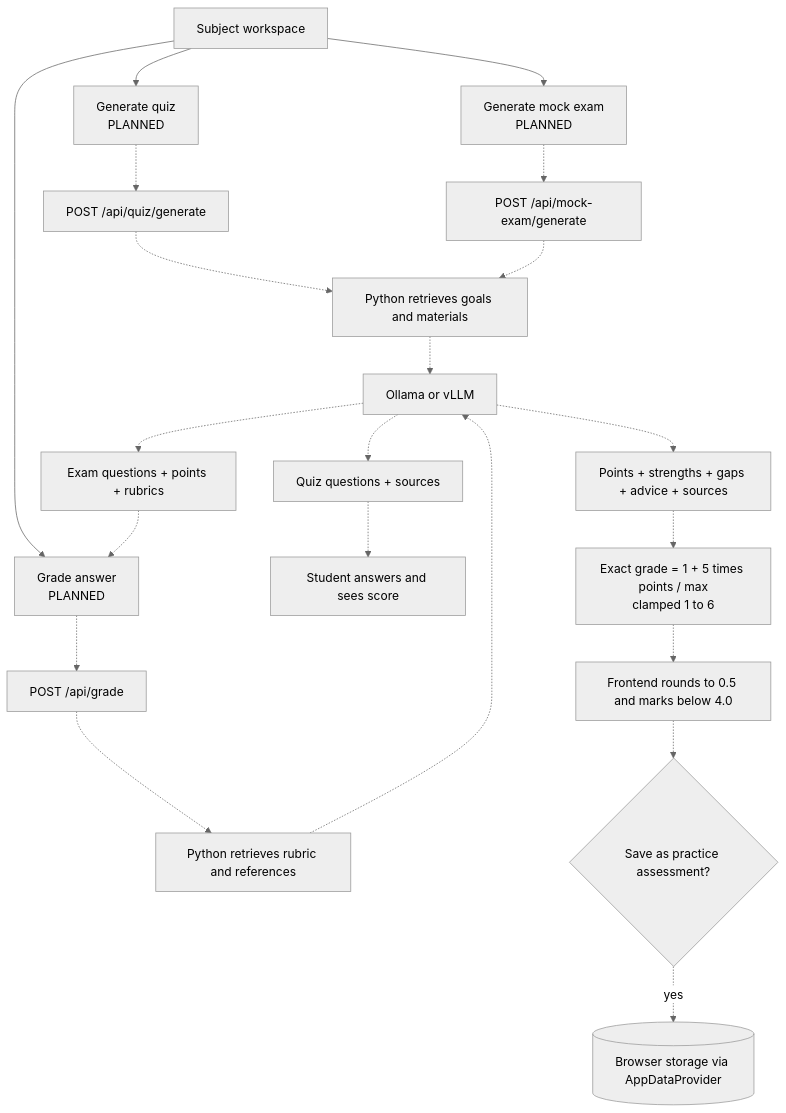
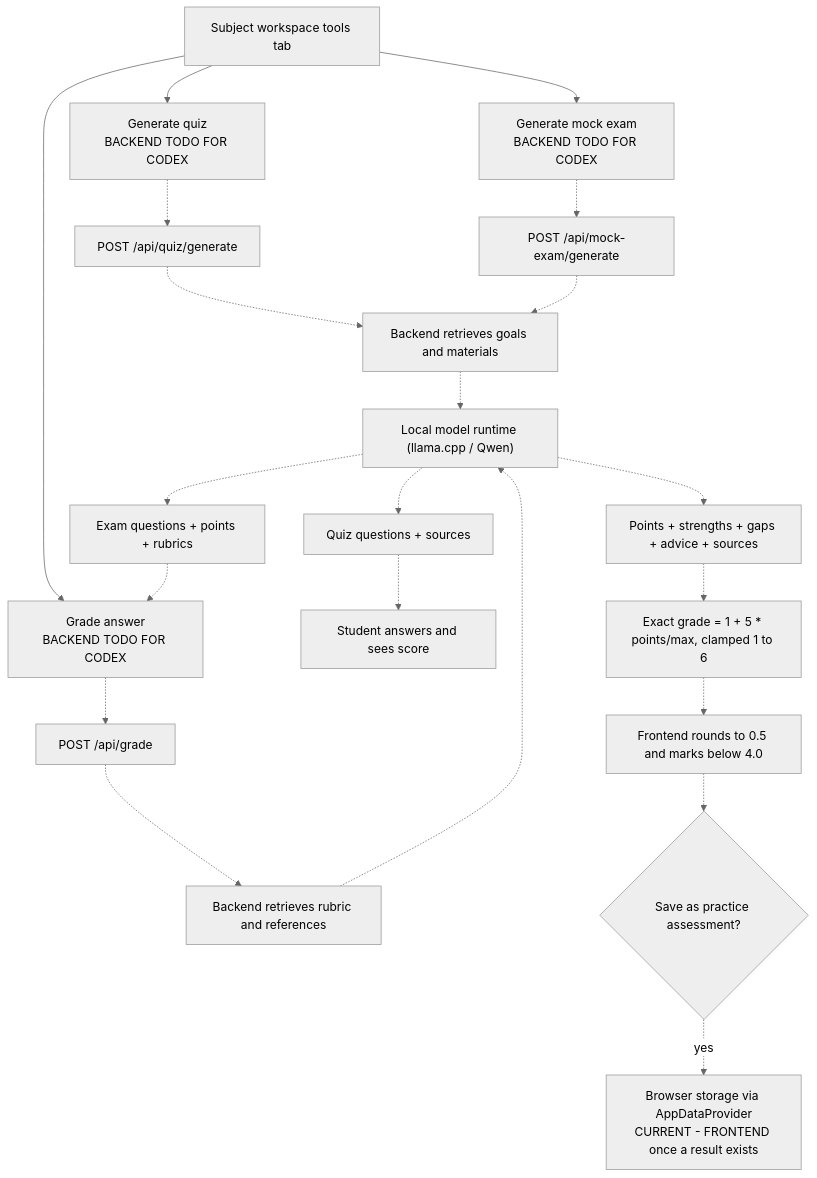
Before and after one commit to keyshavmor/study-swiss-star: the diagram in docs/wireframes/12-ai-study-tools.mmd, drawn with Mermaid (neutral theme). The commit also changed 91 other files, not shown here.

```diff
--- a/docs/wireframes/12-ai-study-tools.mmd
+++ b/docs/wireframes/12-ai-study-tools.mmd
@@ -1,21 +1,22 @@
+%% Planned quiz / mock exam / grading tools. Not implemented in the current backend.
 flowchart TD
-  Subject[Subject workspace] --> Quiz[Generate quiz\nPLANNED]
-  Subject --> Exam[Generate mock exam\nPLANNED]
-  Subject --> Grade[Grade answer\nPLANNED]
-  Quiz -.-> QAPI[POST /api/quiz/generate]
-  Exam -.-> EAPI[POST /api/mock-exam/generate]
-  Grade -.-> GAPI[POST /api/grade]
-  QAPI -.-> Retrieve[Python retrieves goals and materials]
+  Subject["Subject workspace tools tab"] --> Quiz["Generate quiz<br/>BACKEND TODO FOR CODEX"]
+  Subject --> Exam["Generate mock exam<br/>BACKEND TODO FOR CODEX"]
+  Subject --> Grade["Grade answer<br/>BACKEND TODO FOR CODEX"]
+  Quiz -.-> QAPI["POST /api/quiz/generate"]
+  Exam -.-> EAPI["POST /api/mock-exam/generate"]
+  Grade -.-> GAPI["POST /api/grade"]
+  QAPI -.-> Retrieve["Backend retrieves goals and materials"]
   EAPI -.-> Retrieve
-  GAPI -.-> Rubric[Python retrieves rubric and references]
-  Retrieve -.-> Model[Ollama or vLLM]
+  GAPI -.-> Rubric["Backend retrieves rubric and references"]
+  Retrieve -.-> Model["Local model runtime (llama.cpp / Qwen)"]
   Rubric -.-> Model
-  Model -.-> QuizUI[Quiz questions + sources]
-  Model -.-> ExamUI[Exam questions + points + rubrics]
-  Model -.-> Result[Points + strengths + gaps + advice + sources]
-  QuizUI -.-> Answers[Student answers and sees score]
+  Model -.-> QuizUI["Quiz questions + sources"]
+  Model -.-> ExamUI["Exam questions + points + rubrics"]
+  Model -.-> Result["Points + strengths + gaps + advice + sources"]
+  QuizUI -.-> Answers["Student answers and sees score"]
   ExamUI -.-> Grade
-  Result -.-> Formula[Exact grade = 1 + 5 times points / max\nclamped 1 to 6]
-  Formula -.-> Display[Frontend rounds to 0.5 and marks below 4.0]
-  Display -.-> Confirm{Save as practice assessment?}
-  Confirm -. yes .-> Local[(Browser storage via AppDataProvider)]
+  Result -.-> Formula["Exact grade = 1 + 5 * points/max, clamped 1 to 6"]
+  Formula -.-> Display["Frontend rounds to 0.5 and marks below 4.0"]
+  Display -.-> Confirm{"Save as practice assessment?"}
+  Confirm -. yes .-> Local["Browser storage via AppDataProvider<br/>CURRENT - FRONTEND once a result exists"]
```
